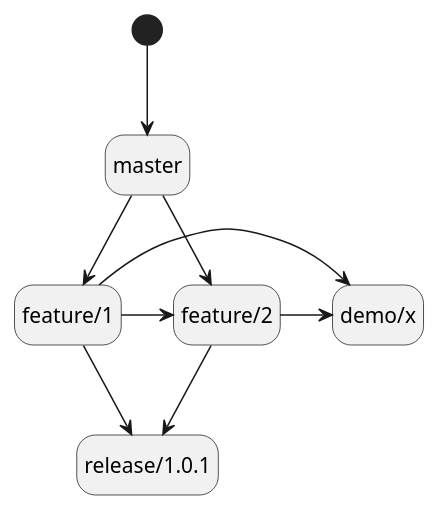
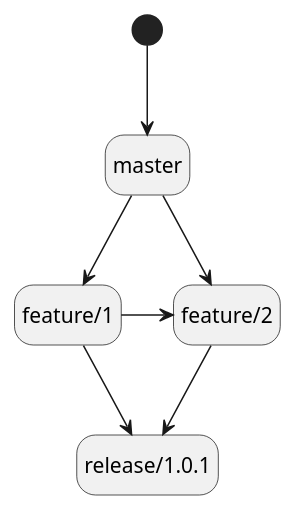
One commit to Funfunz/lumina-next changed the fifth of 5 diagrams in docs/branch.md. Above: the diagram before and after it, drawn with PlantUML. The commit also changed other lines of this file and 1 other file, not shown here.

````diff
--- a/docs/branch.md
+++ b/docs/branch.md
@@ -84,17 +88,14 @@
 ```plantuml
 @startuml
 hide empty description
 state "feature/1" as feature1
 state "feature/2" as feature2
 state "release/1.0.1" as release
-state "demo/x" as demo
 [*] --> master
 master --> feature1
 master --> feature2
 feature1 -> feature2
-feature1 -> demo
-feature2 -> demo
 feature1 --> release
 feature2 --> release
 @enduml
 ```
````
